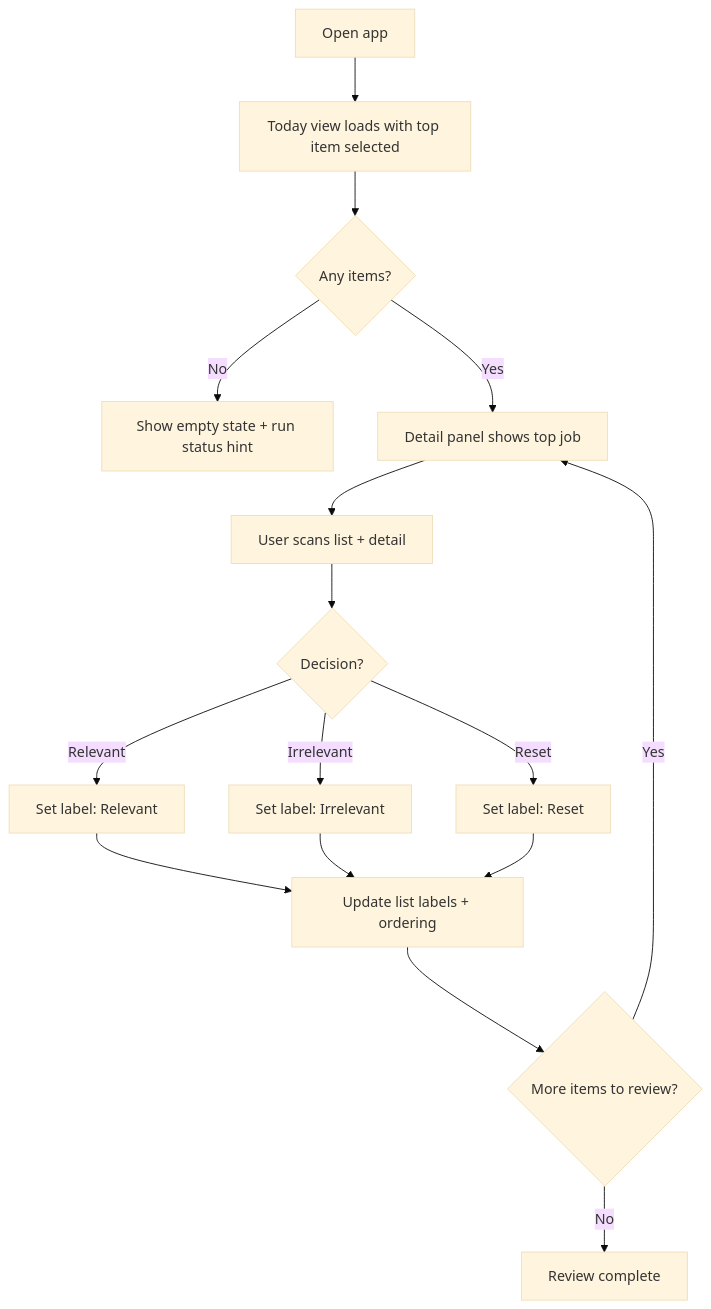
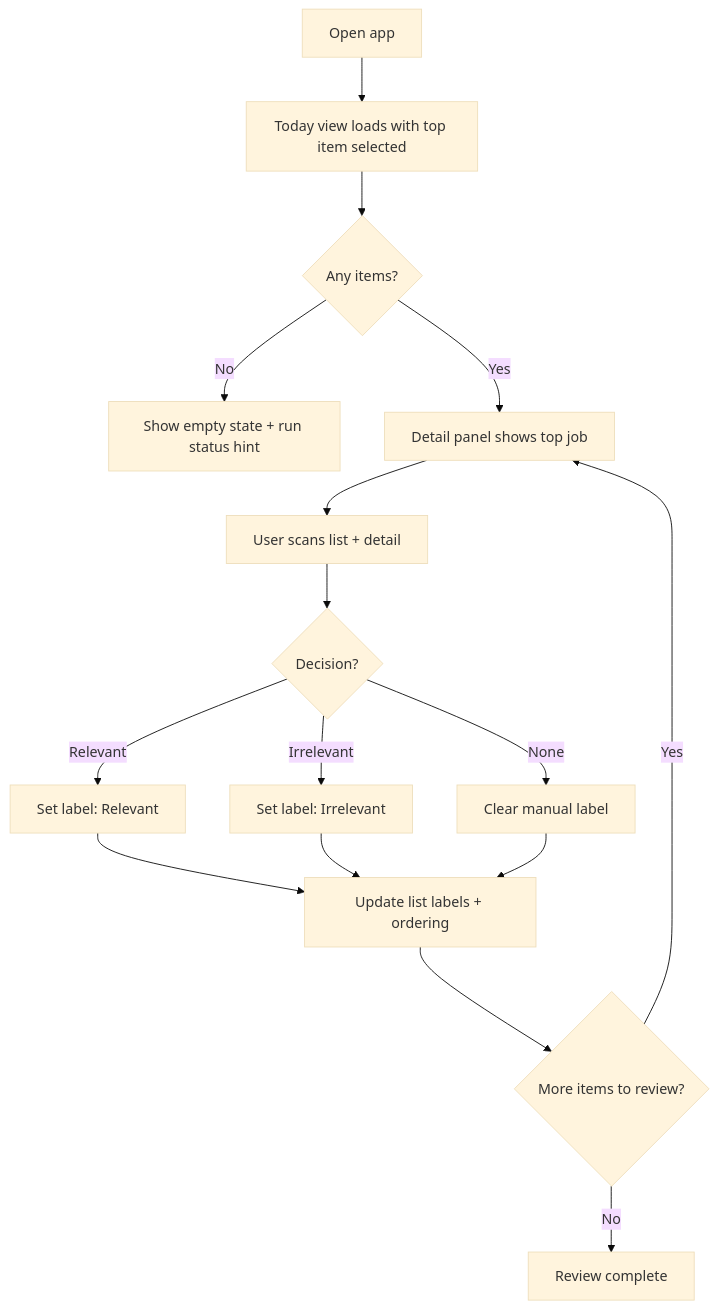
Before and after one commit to pjsousa/jobato_platform: the first of 2 diagrams in _bmad-output/planning-artifacts/ux-design-specification.md, drawn with Mermaid (base theme). The commit also changed other lines of this file and 1 other file, not shown here.

````diff
--- a/_bmad-output/planning-artifacts/ux-design-specification.md
+++ b/_bmad-output/planning-artifacts/ux-design-specification.md
@@ -262,18 +264,18 @@
 ```mermaid
 flowchart TD
   A[Open app] --> B[Today view loads with top item selected]
   B --> C{Any items?}
   C -- No --> D[Show empty state + run status hint]
   C -- Yes --> E[Detail panel shows top job]
   E --> F[User scans list + detail]
   F --> G{Decision?}
   G -- Relevant --> H[Set label: Relevant]
   G -- Irrelevant --> I[Set label: Irrelevant]
-  G -- Reset --> J[Set label: Reset]
+  G -- None --> J[Clear manual label]
   H --> K[Update list labels + ordering]
   I --> K
   J --> K
   K --> L{More items to review?}
   L -- Yes --> E
   L -- No --> M[Review complete]
 ```
````
